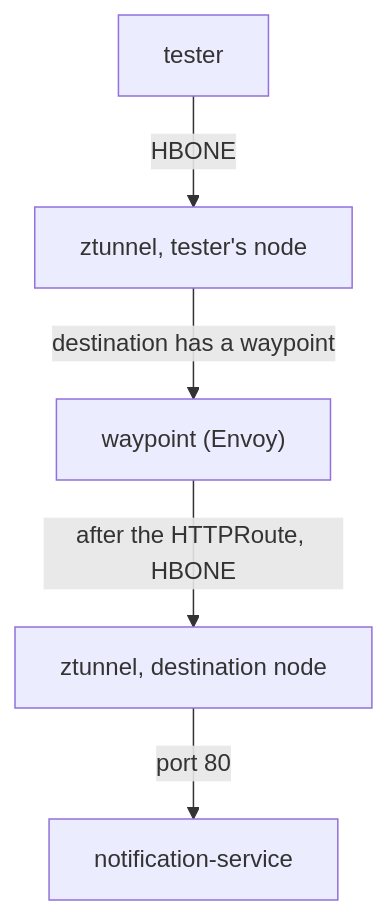
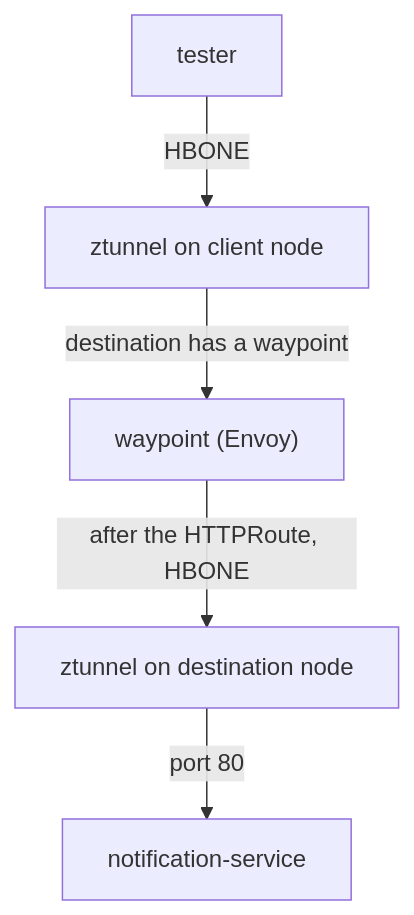
Before and after one commit to astrona-io/ATS013: the diagram in sections/section-040/module-02/labs/lab-01/solution.md, drawn with Mermaid. The commit also changed other lines of this file and 19 other files, not shown here.

````diff
--- a/sections/section-040/module-02/labs/lab-01/solution.md
+++ b/sections/section-040/module-02/labs/lab-01/solution.md
@@ -122,7 +122,7 @@
 ```mermaid
 flowchart TB
-    T["tester"] -->|"HBONE"| Z1["ztunnel, tester's node"]
+    T["tester"] -->|"HBONE"| Z1["ztunnel on client node"]
     Z1 -->|"destination has a waypoint"| W["waypoint (Envoy)"]
-    W -->|"after the HTTPRoute, HBONE"| Z2["ztunnel, destination node"]
+    W -->|"after the HTTPRoute, HBONE"| Z2["ztunnel on destination node"]
     Z2 -->|"port 80"| N["notification-service"]
 ```
````
